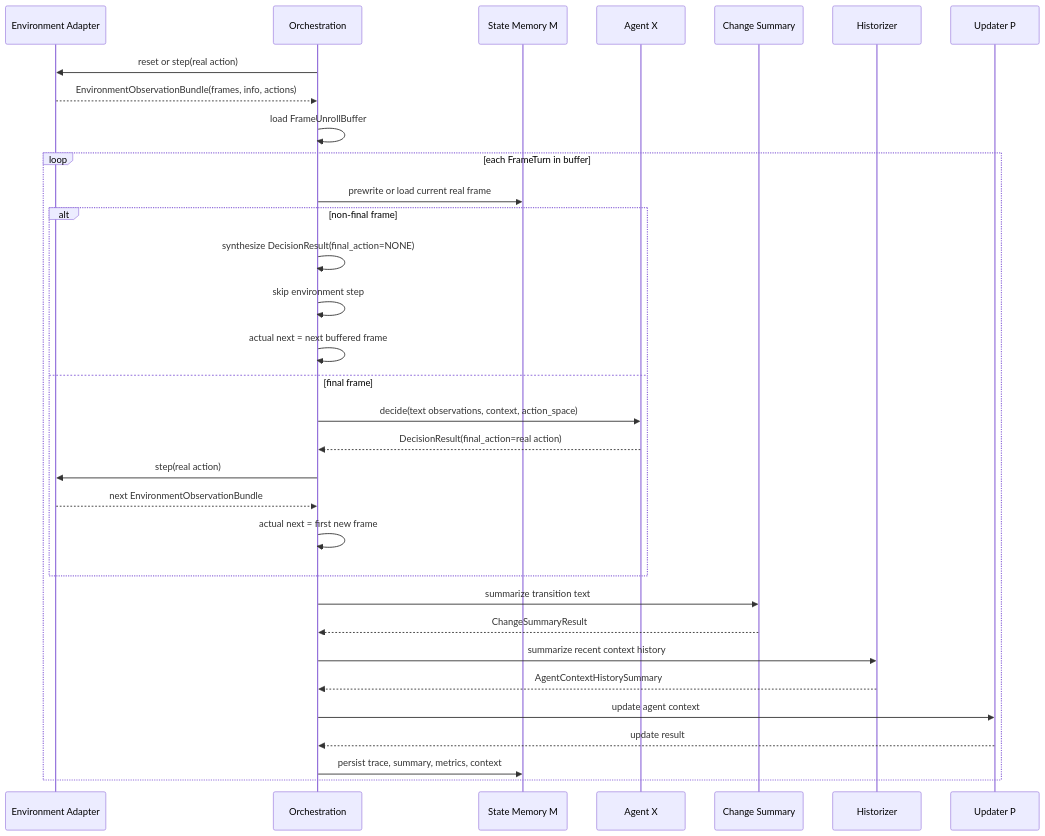
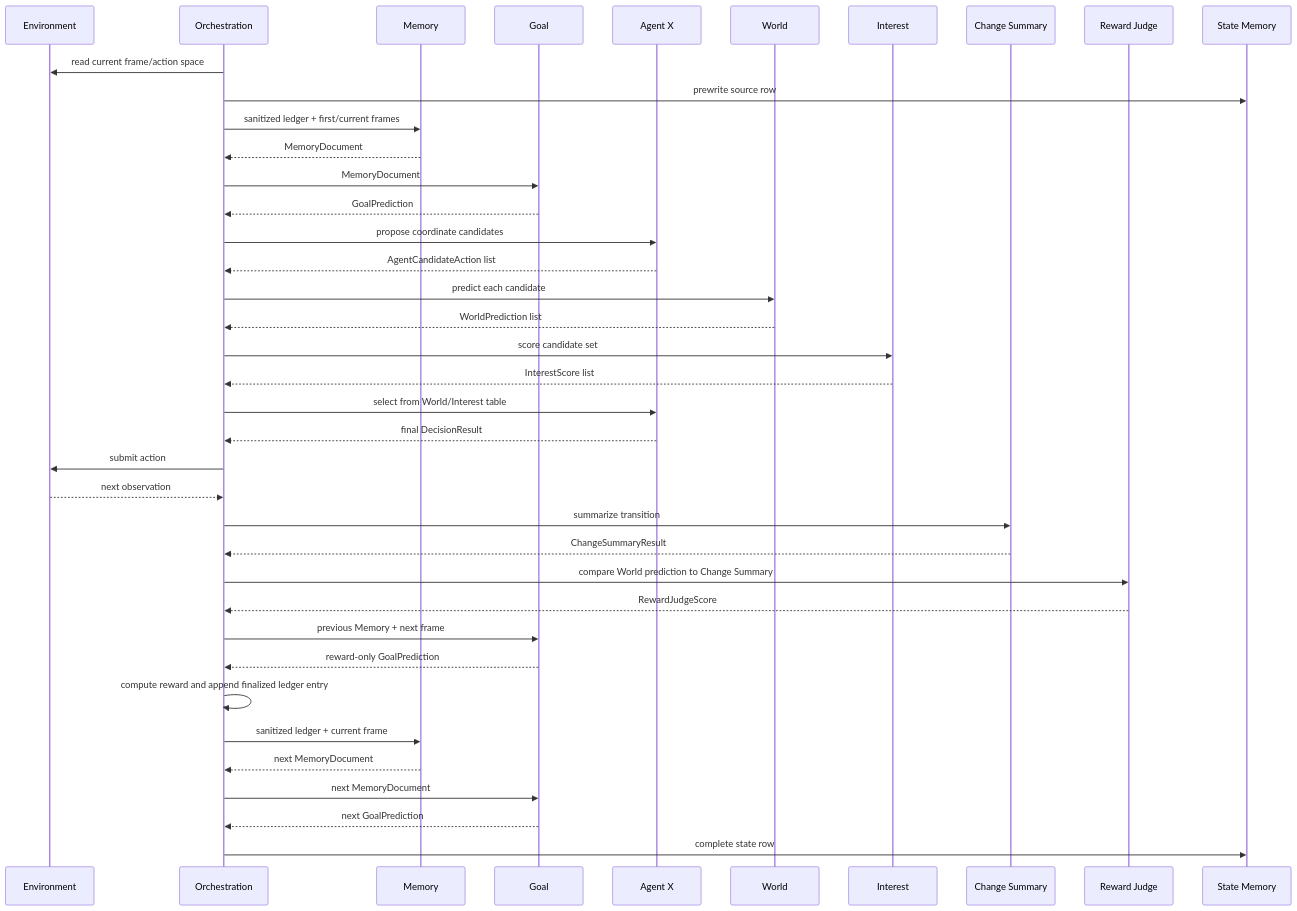
One commit to cocomette/artificial-agency changed the diagram in doc/architecture/software/orchestration/game_loop/diagrams.md. Above: the diagram before and after it, drawn with Mermaid. The commit also changed other lines of this file and 269 other files, not shown here.

Commit message:
Port origin/feat/world-goal-agent snapshot

````diff
--- a/doc/architecture/software/orchestration/game_loop/diagrams.md
+++ b/doc/architecture/software/orchestration/game_loop/diagrams.md
@@ -34,38 +3,42 @@
 ```mermaid
 sequenceDiagram
-    participant Env as Environment Adapter
+    participant Env as Environment
     participant Orch as Orchestration
-    participant M as State Memory M
+    participant MemRole as Memory
+    participant G as Goal
     participant X as Agent X
+    participant W as World
+    participant I as Interest
     participant C as Change Summary
-    participant H as Historizer
-    participant P as Updater P
+    participant J as Reward Judge
+    participant M as State Memory
 
-    Orch->>Env: reset or step(real action)
-    Env-->>Orch: EnvironmentObservationBundle(frames, info, actions)
-    Orch->>Orch: load FrameUnrollBuffer
-
-    loop each FrameTurn in buffer
-        Orch->>M: prewrite or load current real frame
-
-        alt non-final frame
-            Orch->>Orch: synthesize DecisionResult(final_action=NONE)
-            Orch->>Orch: skip environment step
-            Orch->>Orch: actual next = next buffered frame
-        else final frame
-            Orch->>X: decide(text observations, context, action_space)
-            X-->>Orch: DecisionResult(final_action=real action)
-            Orch->>Env: step(real action)
-            Env-->>Orch: next EnvironmentObservationBundle
-            Orch->>Orch: actual next = first new frame
-        end
-
-        Orch->>C: summarize transition text
-        C-->>Orch: ChangeSummaryResult
-        Orch->>H: summarize recent context history
-        H-->>Orch: AgentContextHistorySummary
-        Orch->>P: update agent context
-        P-->>Orch: update result
-        Orch->>M: persist trace, summary, metrics, context
-    end
+    Orch->>Env: read current frame/action space
+    Orch->>M: prewrite source row
+    Orch->>MemRole: sanitized ledger + first/current frames
+    MemRole-->>Orch: MemoryDocument
+    Orch->>G: MemoryDocument
+    G-->>Orch: GoalPrediction
+    Orch->>X: propose coordinate candidates
+    X-->>Orch: AgentCandidateAction list
+    Orch->>W: predict each candidate
+    W-->>Orch: WorldPrediction list
+    Orch->>I: score candidate set
+    I-->>Orch: InterestScore list
+    Orch->>X: select from World/Interest table
+    X-->>Orch: final DecisionResult
+    Orch->>Env: submit action
+    Env-->>Orch: next observation
+    Orch->>C: summarize transition
+    C-->>Orch: ChangeSummaryResult
+    Orch->>J: compare World prediction to Change Summary
+    J-->>Orch: RewardJudgeScore
+    Orch->>G: previous Memory + next frame
+    G-->>Orch: reward-only GoalPrediction
+    Orch->>Orch: compute reward and append finalized ledger entry
+    Orch->>MemRole: sanitized ledger + current frame
+    MemRole-->>Orch: next MemoryDocument
+    Orch->>G: next MemoryDocument
+    G-->>Orch: next GoalPrediction
+    Orch->>M: complete state row
 ```
````
